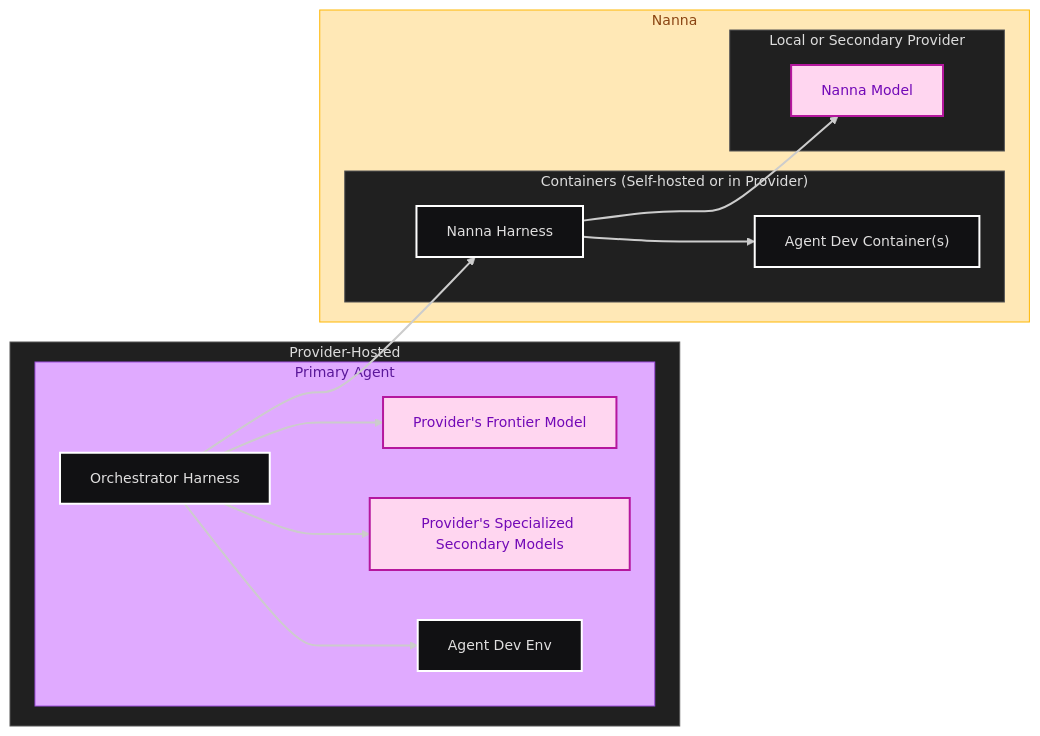
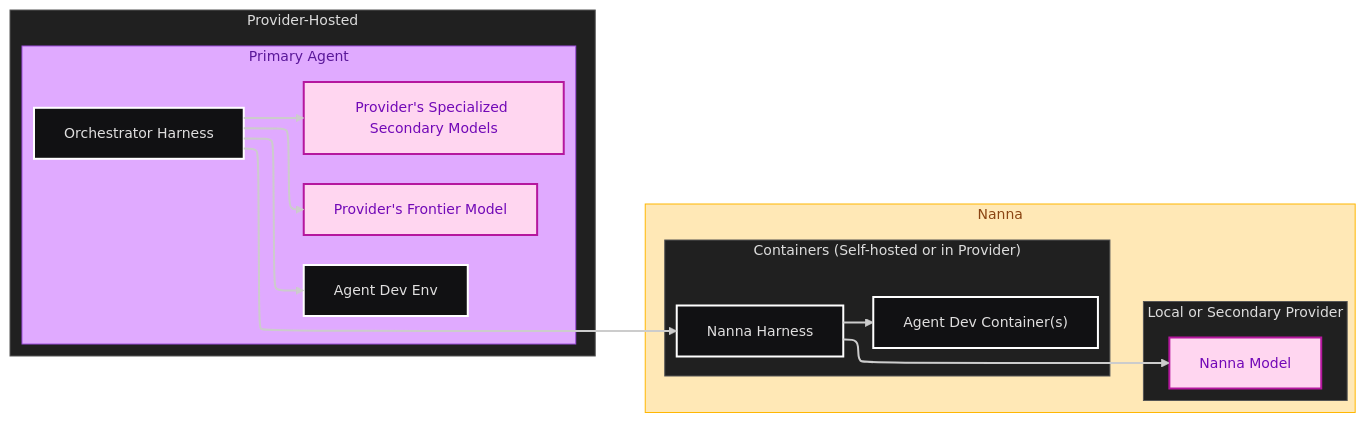
Before and after one commit to DominicBurkart/nanna-coder: the first of 3 diagrams in ARCHITECTURE.md, drawn with Mermaid.

Commit message:
switch system architecture diagram to elk layout for correct LR positioning
Elk handles nested subgraph layout better than dagre, placing provider
on the left and nanna on the right as intended.

https://claude.ai/code/session_011wZpuaQGCues6apwVW7cRA

````diff
--- a/ARCHITECTURE.md
+++ b/ARCHITECTURE.md
@@ -7,50 +7,50 @@
 ```mermaid
 ---
 config:
   theme: redux-dark
-  layout: dagre
+  layout: elk
 ---
 flowchart LR
     %% Provider side
     subgraph ProviderHosted["Provider-Hosted"]
         subgraph ProviderAgent["Primary Agent"]
             OrchestratorHarness["Orchestrator Harness"]
             OrchestratorModel["Provider's Frontier Model"]
             OrchestratorSecondaryModel["Provider's Specialized Secondary Models"]
             OrchestratorHarness --> OrchestratorModel
             OrchestratorHarness --> OrchestratorSecondaryModel
             ProviderDevEnv["Agent Dev Env"]
         end
         OrchestratorHarness --> ProviderDevEnv
     end
 
     %% Nanna side (Self-hosted or in Provider)
     subgraph Nanna["Nanna"]
         subgraph NannaDev["Containers (Self-hosted or in Provider)"]
             NannaHarness["Nanna Harness"]
             NannaDevEnv["Agent Dev Container(s)"]
             NannaHarness --> NannaDevEnv
         end
         subgraph GatewayHosted["Local or Secondary Provider"]
             NannaModel["Nanna Model"]
         end
     end
 
     %% Optional external model provider for Nanna
     NannaHarness --> NannaModel
 
     %% Connections between orchestration layers
     OrchestratorHarness --> NannaHarness
 
     %% Classes
     classDef area fill:#202020,stroke:#555,stroke-width:1px,color:#DDD
     classDef orchestrator stroke:#9D4EDD,fill:#E0AAFF,color:#5A189A
     classDef subagent stroke:#46EDC8,fill:#DEFFF8,color:#378E7A
     classDef nanna stroke:#FFB703,fill:#FFE8B6,color:#8B4513
     classDef model stroke:#B5179E,fill:#FFD6F0,color:#7209B7
 
     class ProviderHosted,NannaDev,GatewayHosted area
     class ProviderAgent orchestrator
     class Nanna nanna
     class NannaModel,OrchestratorModel,OrchestratorSecondaryModel model
 ```
````
